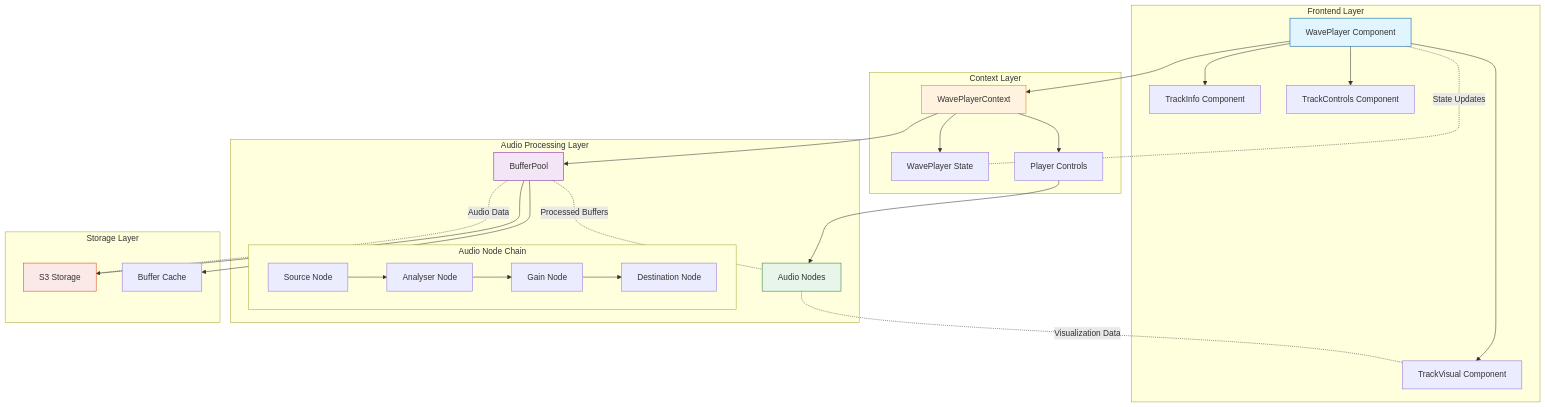
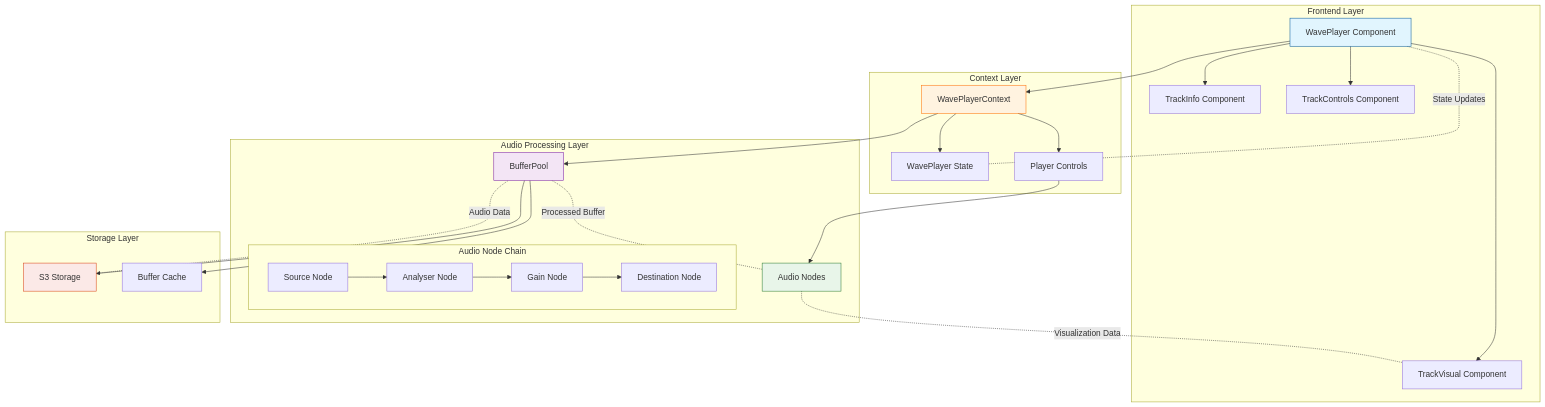
The first of 3 diagrams in docs/wave-player/wave-player-diagrams.md (kalynbeach/kalynbeach-net), drawn with Mermaid before and after one commit. The commit also changed other lines of this file and 6 other files, not shown here.

````diff
--- a/docs/wave-player/wave-player-diagrams.md
+++ b/docs/wave-player/wave-player-diagrams.md
@@ -5,58 +5,58 @@
 ```mermaid
 graph TB
     subgraph Frontend["Frontend Layer"]
         WP[WavePlayer Component]
         TI[TrackInfo Component]
         TV[TrackVisual Component]
         TC[TrackControls Component]
     end
 
     subgraph Context["Context Layer"]
         WPC[WavePlayerContext]
         WPS[WavePlayer State]
         Controls[Player Controls]
     end
 
     subgraph Audio["Audio Processing Layer"]
         BP[BufferPool]
         AN[Audio Nodes]
         subgraph Nodes["Audio Node Chain"]
             SN[Source Node]
             ANN[Analyser Node]
             GN[Gain Node]
             DN[Destination Node]
         end
     end
 
     subgraph Storage["Storage Layer"]
         S3[S3 Storage]
         Cache[Buffer Cache]
     end
 
     %% Component Connections
     WP --> TI & TV & TC
     WP --> WPC
     WPC --> WPS
     WPC --> Controls
     Controls --> AN
     WPC --> BP
     BP --> Cache
     BP --> S3
     
     %% Audio Node Chain
     SN --> ANN
     ANN --> GN
     GN --> DN
 
     %% Data Flow
     S3 -.- |Audio Data| BP
-    BP -.- |Processed Buffers| AN
+    BP -.- |Processed Buffer| AN
     AN -.- |Visualization Data| TV
     WPS -.- |State Updates| WP
 
     style WP fill:#e1f5fe,stroke:#01579b
     style WPC fill:#fff3e0,stroke:#ff6f00
     style BP fill:#f3e5f5,stroke:#7b1fa2
     style AN fill:#e8f5e9,stroke:#2e7d32
     style S3 fill:#fbe9e7,stroke:#d84315
 ```
````
